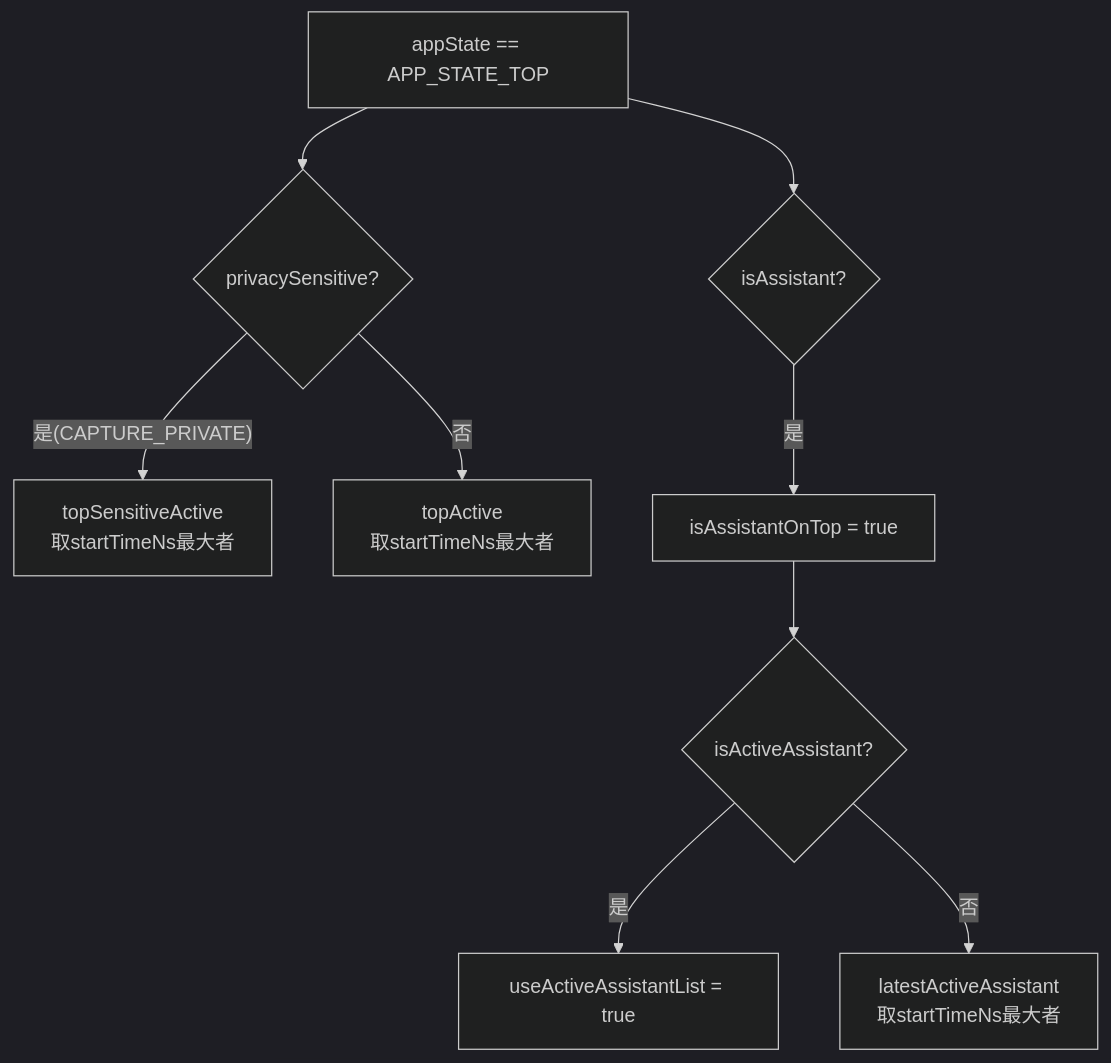
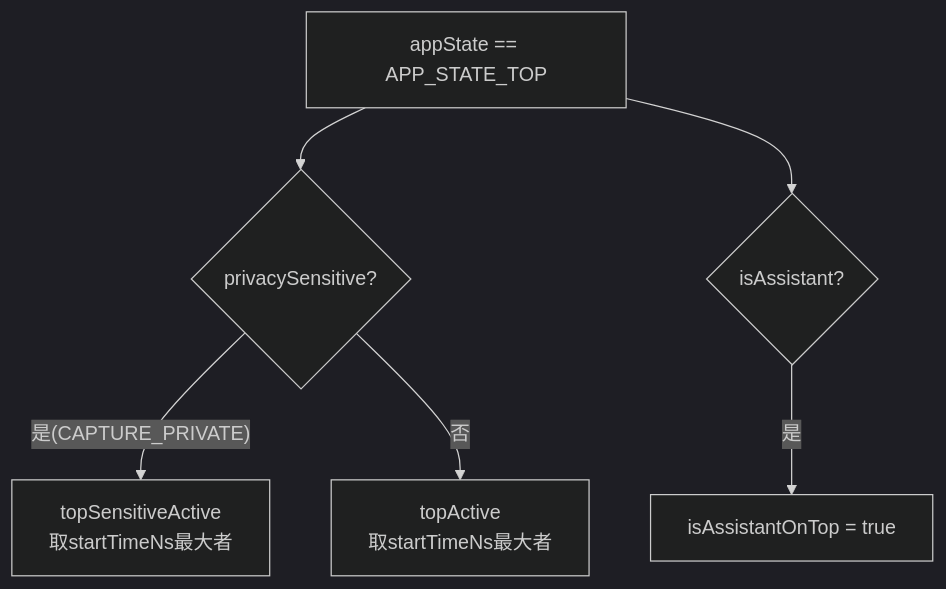
The second of 4 diagrams in 03_Java_Framework_Layer/03_3.9_录音并发仲裁机制-Concurrent_Capture.md (yanglinzhen1022/SA8295_AAOS_QNX_Audio_KnowledgeBase), drawn with Mermaid (dark theme) before and after one commit. The commit also changed other lines of this file and 6 other files, not shown here.

````diff
--- a/03_Java_Framework_Layer/03_3.9_录音并发仲裁机制-Concurrent_Capture.md
+++ b/03_Java_Framework_Layer/03_3.9_录音并发仲裁机制-Concurrent_Capture.md
@@ -100,11 +99,8 @@
 ```mermaid
 flowchart TB
     TOP["appState == APP_STATE_TOP"] --> PS{"privacySensitive?"}
     PS -->|"是(CAPTURE_PRIVATE)"| TSA["topSensitiveActive<br>取startTimeNs最大者"]
     PS -->|"否"| TA["topActive<br>取startTimeNs最大者"]
     TOP --> ASS{"isAssistant?"}
     ASS -->|"是"| ASSIST_TOP["isAssistantOnTop = true"]
-    ASSIST_TOP --> ACTIVE{"isActiveAssistant?"}
-    ACTIVE -->|"是"| USE_LIST["useActiveAssistantList = true"]
-    ACTIVE -->|"否"| LATEST_ASS["latestActiveAssistant<br>取startTimeNs最大者"]
 ```
````
